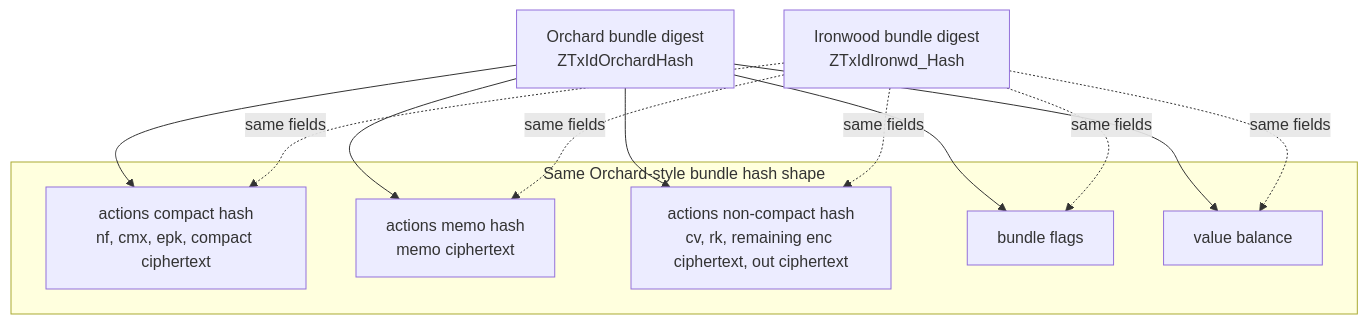
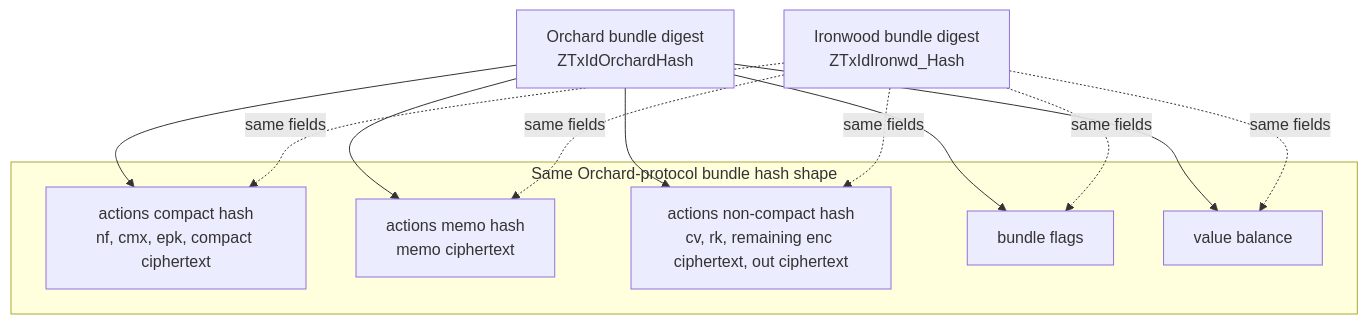
One commit to TalDerei/ironwood changed the second of 2 diagrams in book/src/design/transaction-format.md. Above: the diagram before and after it, drawn with Mermaid. The commit also changed other lines of this file and 8 other files, not shown here.

````diff
--- a/book/src/design/transaction-format.md
+++ b/book/src/design/transaction-format.md
@@ -31,25 +32,25 @@
 ```mermaid
 flowchart TD
     OrchardBundle["Orchard bundle digest<br/>ZTxIdOrchardHash"]
     IronwoodBundle["Ironwood bundle digest<br/>ZTxIdIronwd_Hash"]
 
-    subgraph Shape["Same Orchard-style bundle hash shape"]
+    subgraph Shape["Same Orchard-protocol bundle hash shape"]
         Compact["actions compact hash<br/>nf, cmx, epk, compact ciphertext"]
         Memos["actions memo hash<br/>memo ciphertext"]
         NonCompact["actions non-compact hash<br/>cv, rk, remaining enc ciphertext, out ciphertext"]
         Flags["bundle flags"]
         Value["value balance"]
     end
 
     OrchardBundle --> Compact
     OrchardBundle --> Memos
     OrchardBundle --> NonCompact
     OrchardBundle --> Flags
     OrchardBundle --> Value
 
     IronwoodBundle -. same fields .-> Compact
     IronwoodBundle -. same fields .-> Memos
     IronwoodBundle -. same fields .-> NonCompact
     IronwoodBundle -. same fields .-> Flags
     IronwoodBundle -. same fields .-> Value
 ```
````
